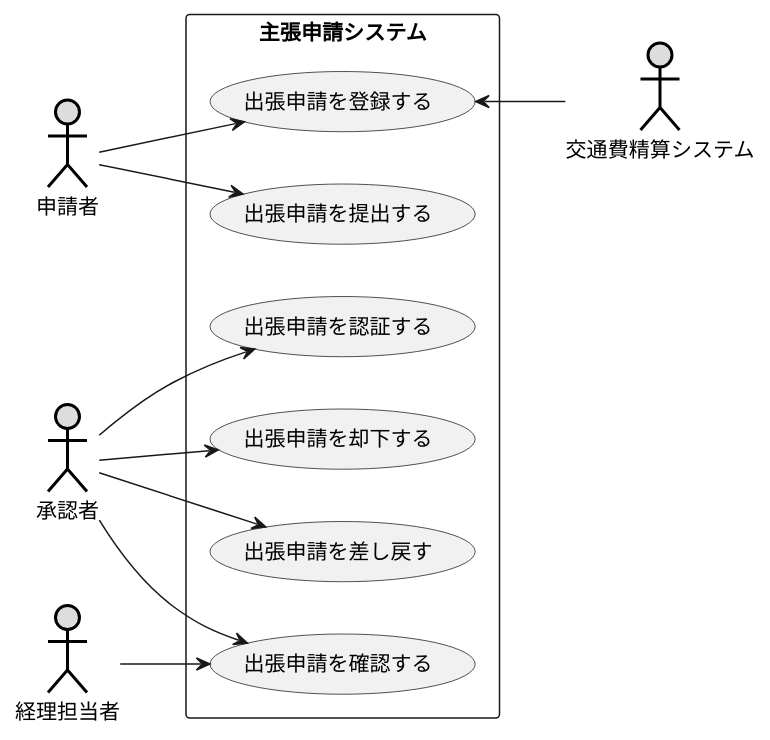
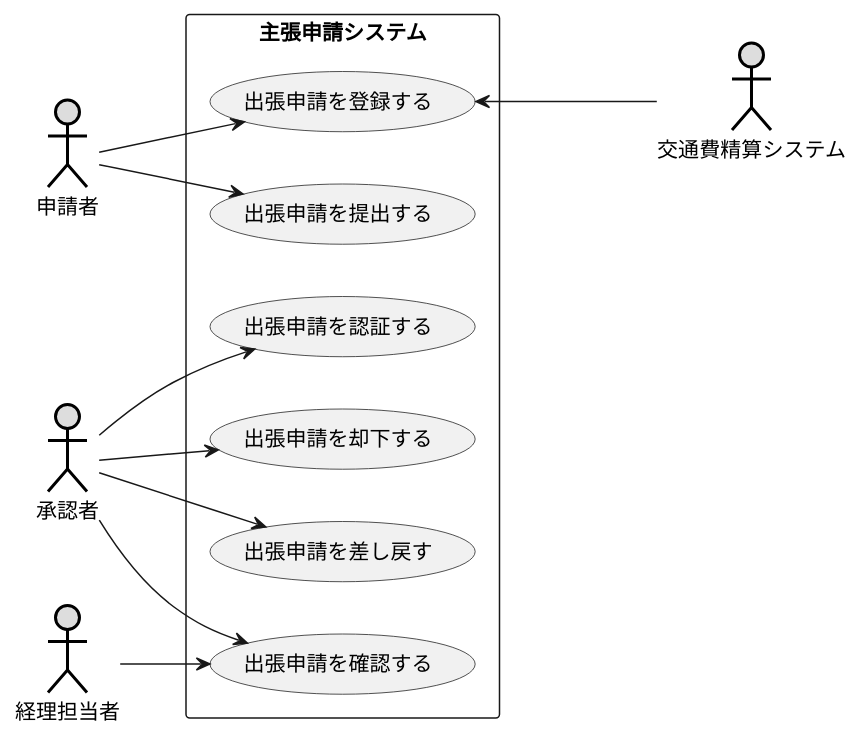
The diagram in 演習2-1_UM_出張管理システム.pu (allface017/uml-introduction), drawn with PlantUML before and after one commit.

Commit message:
演習2

```diff
--- a/演習2-1_UM_出張管理システム.pu
+++ b/演習2-1_UM_出張管理システム.pu
@@ -1,25 +1,25 @@
 @startuml 例題3
 left to right direction
 actor 申請者 as user #DDDDDD;line:black;line.bold;
 actor 承認者 as admin #DDDDDD;line:black;line.bold;
 actor 経理担当者 as par #DDDDDD;line:black;line.bold;
 actor 交通費精算システム as sisu #DDDDDD;line:black;line.bold;
 
 rectangle 主張申請システム {
 usecase 出張申請を登録する as A
 usecase 出張申請を提出する as B
 usecase 出張申請を認証する as C
 usecase 出張申請を却下する as D
 usecase 出張申請を差し戻す as E
 usecase 出張申請を確認する as F
 }
 
 user --> A
 user --> B
 admin --> C
 admin --> D
 admin --> E
 admin --> F
 par --> F 
-A <-- sisu
+A <--- sisu
 @enduml
```
